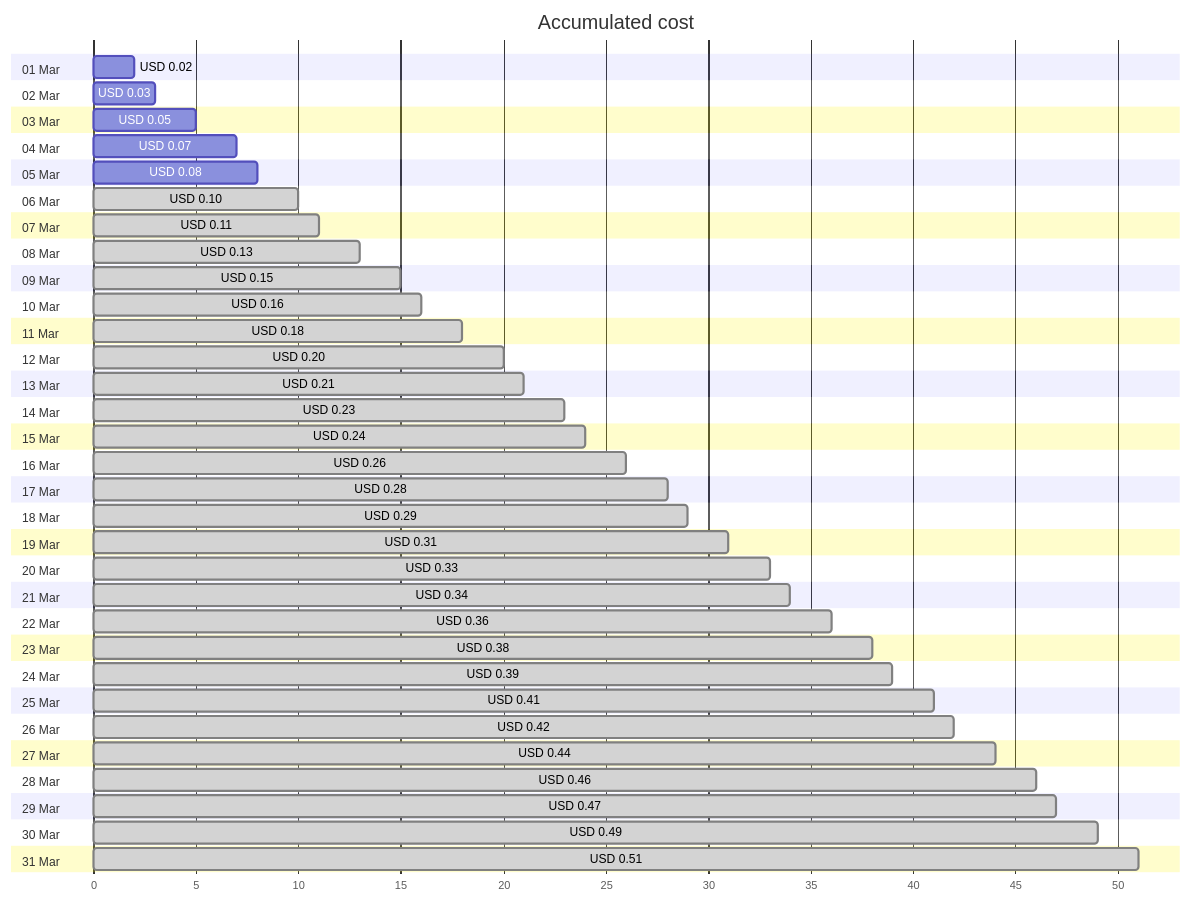
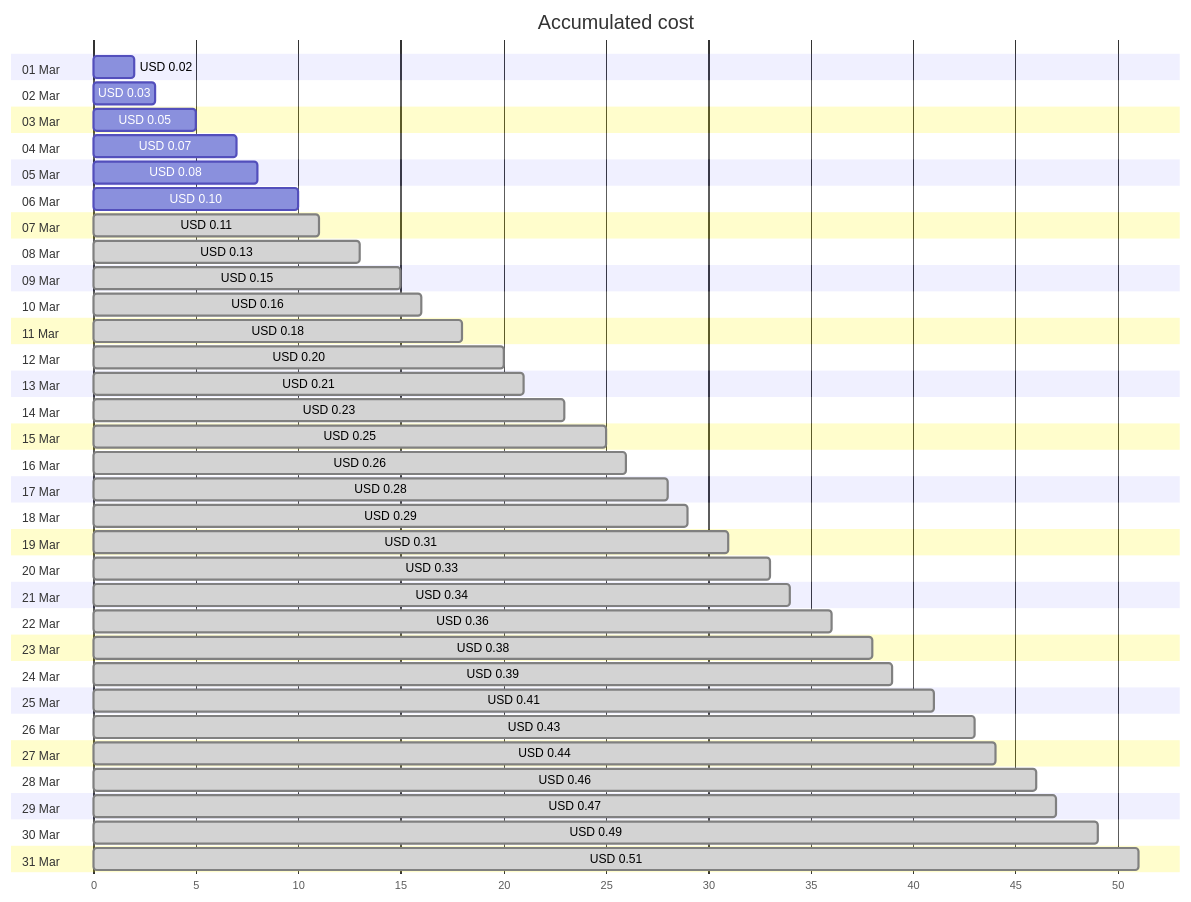
The first of 4 diagrams in cost-reports/personal-dns/jpatrickfulton.dev.md (jpfulton/azure-personal-reports), drawn with Mermaid before and after one commit. The commit also changed other lines of this file and 2 other files, not shown here.

````diff
--- a/cost-reports/personal-dns/jpatrickfulton.dev.md
+++ b/cost-reports/personal-dns/jpatrickfulton.dev.md
@@ -20,68 +20,68 @@
 ```mermaid
 gantt
    title Accumulated cost
    dateFormat  X
    axisFormat %s
    section 01 Mar
    USD 0.02 :0, 2
    section 02 Mar
    USD 0.03 :0, 3
    section 03 Mar
    USD 0.05 :0, 5
    section 04 Mar
    USD 0.07 :0, 7
    section 05 Mar
    USD 0.08 :0, 8
    section 06 Mar
-   USD 0.10 : done, 0, 10
+   USD 0.10 :0, 10
    section 07 Mar
    USD 0.11 : done, 0, 11
    section 08 Mar
    USD 0.13 : done, 0, 13
    section 09 Mar
    USD 0.15 : done, 0, 15
    section 10 Mar
    USD 0.16 : done, 0, 16
    section 11 Mar
    USD 0.18 : done, 0, 18
    section 12 Mar
    USD 0.20 : done, 0, 20
    section 13 Mar
    USD 0.21 : done, 0, 21
    section 14 Mar
    USD 0.23 : done, 0, 23
    section 15 Mar
-   USD 0.24 : done, 0, 24
+   USD 0.25 : done, 0, 25
    section 16 Mar
    USD 0.26 : done, 0, 26
    section 17 Mar
    USD 0.28 : done, 0, 28
    section 18 Mar
    USD 0.29 : done, 0, 29
    section 19 Mar
    USD 0.31 : done, 0, 31
    section 20 Mar
    USD 0.33 : done, 0, 33
    section 21 Mar
    USD 0.34 : done, 0, 34
    section 22 Mar
    USD 0.36 : done, 0, 36
    section 23 Mar
    USD 0.38 : done, 0, 38
    section 24 Mar
    USD 0.39 : done, 0, 39
    section 25 Mar
    USD 0.41 : done, 0, 41
    section 26 Mar
-   USD 0.42 : done, 0, 42
+   USD 0.43 : done, 0, 43
    section 27 Mar
    USD 0.44 : done, 0, 44
    section 28 Mar
    USD 0.46 : done, 0, 46
    section 29 Mar
    USD 0.47 : done, 0, 47
    section 30 Mar
    USD 0.49 : done, 0, 49
    section 31 Mar
    USD 0.51 : done, 0, 51
 ```
````
